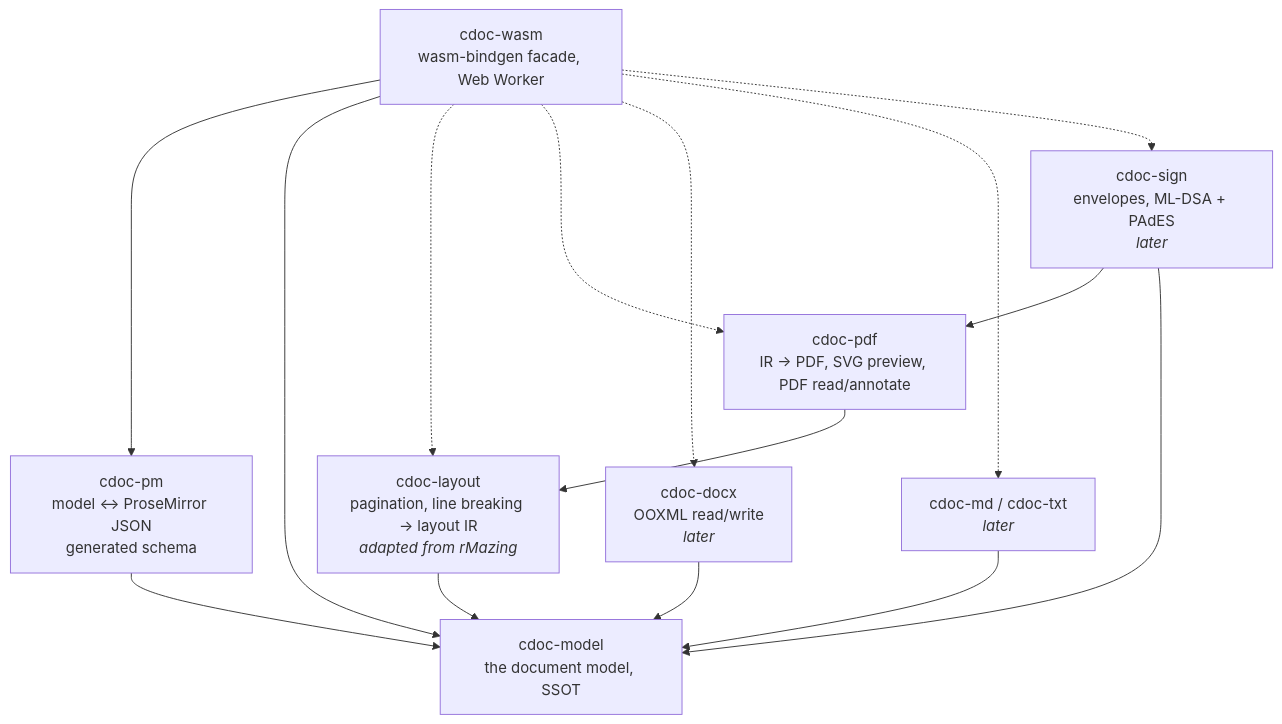
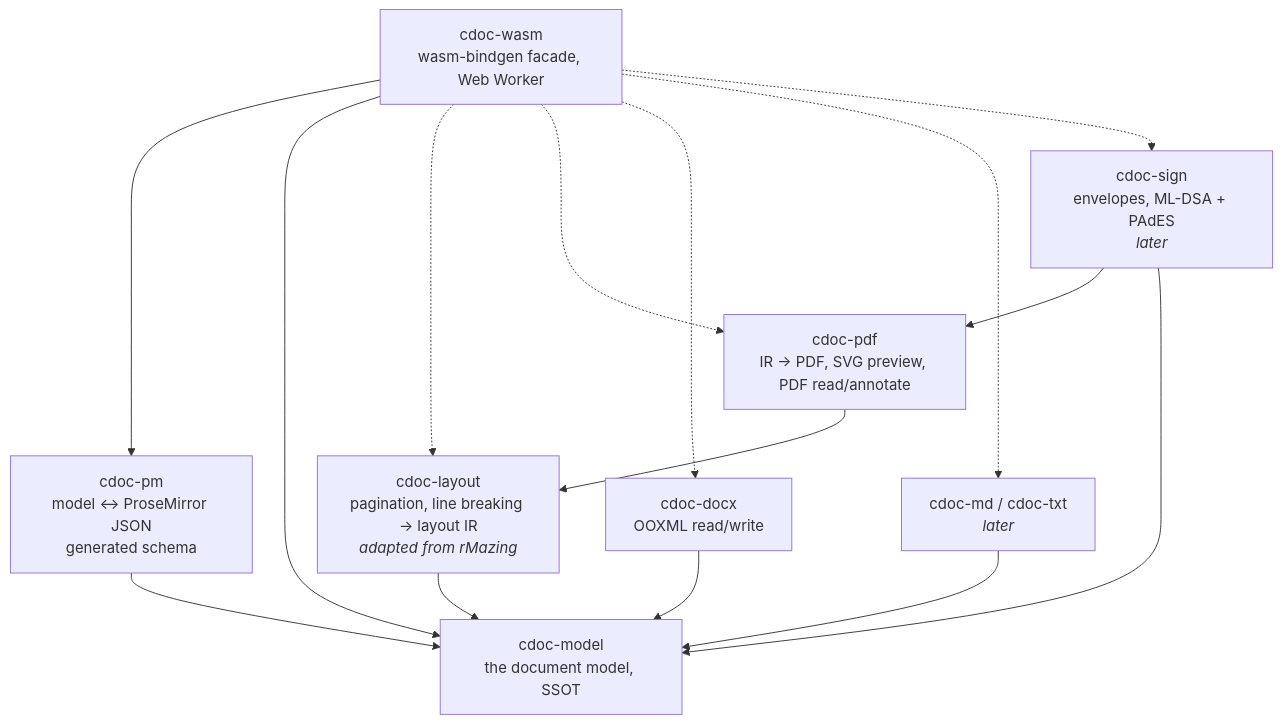
One commit to Avarok-Cybersecurity/citadel-docs changed the diagram in ARCHITECTURE.md. Above: the diagram before and after it, drawn with Mermaid. The commit also changed other lines of this file and 83 other files, not shown here.

First line of the commit message:
cdoc-docx: OOXML reader and writer with a loss report

````diff
--- a/ARCHITECTURE.md
+++ b/ARCHITECTURE.md
@@ -12,26 +12,26 @@
 ```mermaid
 graph TD
     model[cdoc-model<br/>the document model, SSOT]
     pm[cdoc-pm<br/>model ↔ ProseMirror JSON<br/>generated schema]
     layout[cdoc-layout<br/>pagination, line breaking → layout IR<br/><i>adapted from rMazing</i>]
     pdf[cdoc-pdf<br/>IR → PDF, SVG preview, PDF read/annotate]
-    docx[cdoc-docx<br/>OOXML read/write<br/><i>later</i>]
+    docx[cdoc-docx<br/>OOXML read/write]
     md[cdoc-md / cdoc-txt<br/><i>later</i>]
     sign[cdoc-sign<br/>envelopes, ML-DSA + PAdES<br/><i>later</i>]
     wasm[cdoc-wasm<br/>wasm-bindgen facade, Web Worker]
 
     pm --> model
     layout --> model
     docx --> model
     md --> model
     pdf --> layout
     sign --> pdf
     sign --> model
     wasm --> pm
     wasm --> model
     wasm -.-> layout
     wasm -.-> pdf
     wasm -.-> docx
     wasm -.-> md
     wasm -.-> sign
 ```
````
